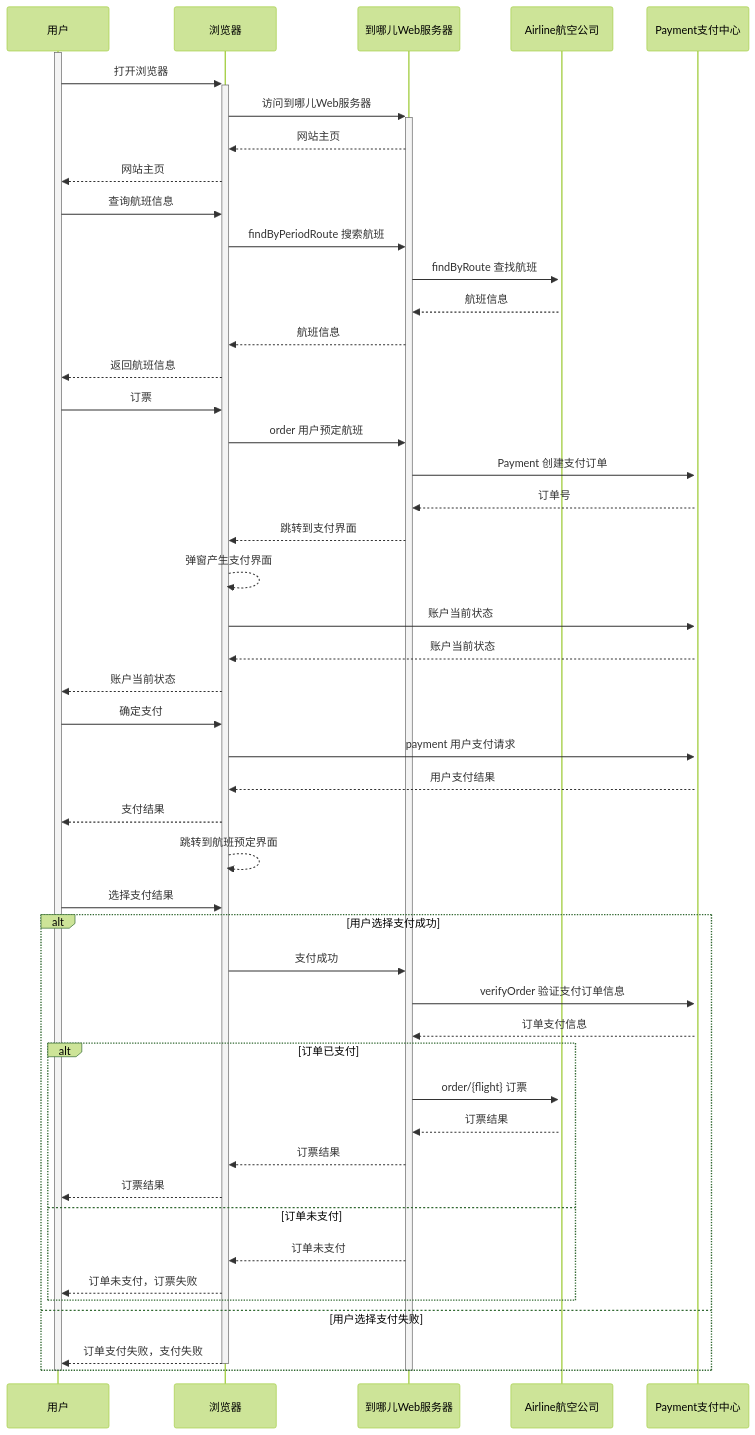
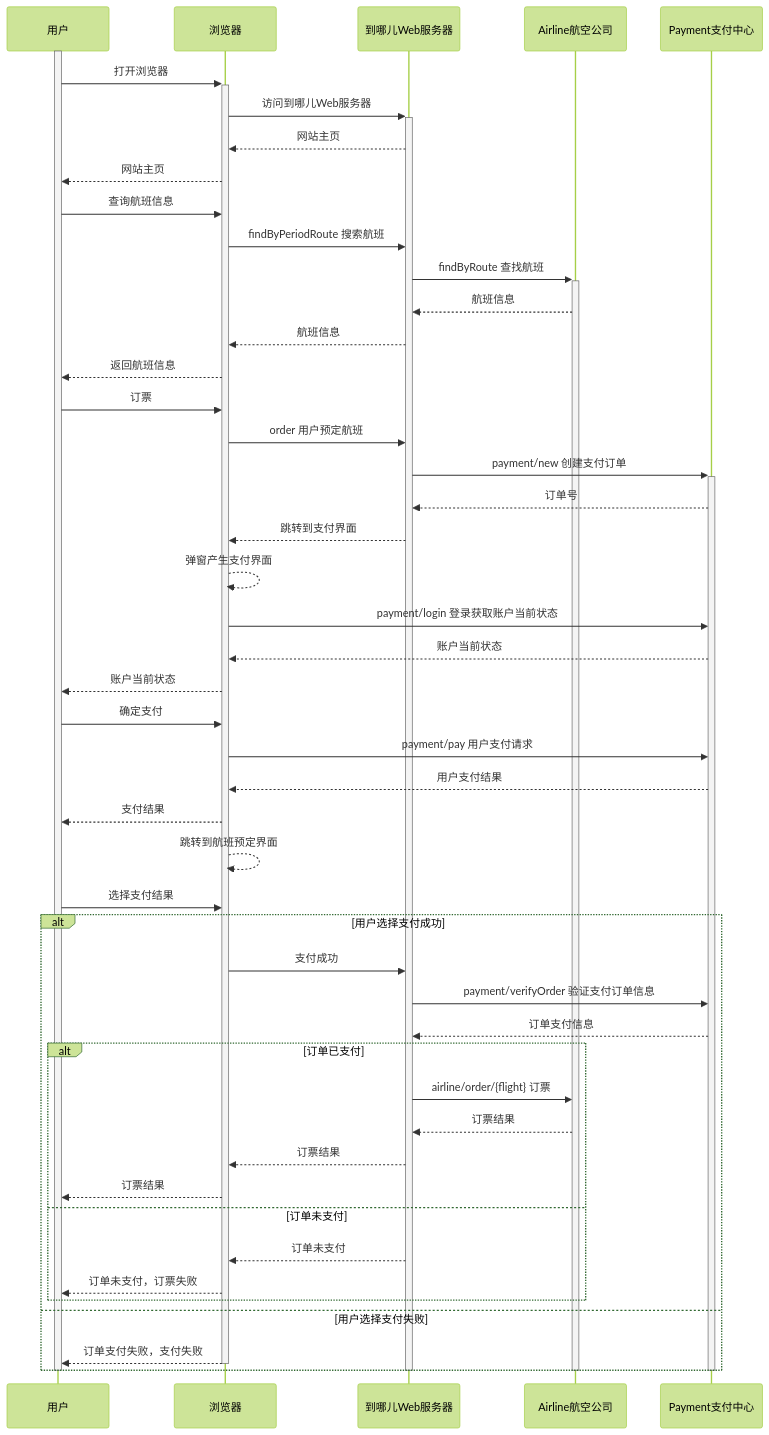
One commit to caoergou/airlineReservationSystem changed the second of 2 diagrams in README.md. Above: the diagram before and after it, drawn with Mermaid (forest theme). The commit also changed other lines of this file, not shown here.

Commit message:
根据流程图，修改了API文档

````diff
--- a/README.md
+++ b/README.md
@@ -32,59 +34,60 @@
 ``` mermaid
 sequenceDiagram
 participant 用户
 participant 浏览器
 participant 到哪儿Web服务器
 participant Airline航空公司
 participant Payment支付中心
-activate Airline航空公司
-activate Payment支付中心
+
 activate 用户
 
 用户->>+浏览器:打开浏览器
 浏览器->>+到哪儿Web服务器:访问到哪儿Web服务器
 到哪儿Web服务器-->>浏览器:网站主页
 浏览器-->>用户:网站主页
 
 用户->>浏览器:查询航班信息
 浏览器->>到哪儿Web服务器:findByPeriodRoute 搜索航班 
 到哪儿Web服务器->>+Airline航空公司:findByRoute 查找航班
 Airline航空公司-->>到哪儿Web服务器:航班信息
 到哪儿Web服务器-->>浏览器:航班信息
 浏览器-->>用户:返回航班信息
 
 用户->>浏览器:订票
 浏览器->>到哪儿Web服务器:order 用户预定航班
-到哪儿Web服务器->>+Payment支付中心:Payment 创建支付订单
+到哪儿Web服务器->>+Payment支付中心:payment/new 创建支付订单
 Payment支付中心-->>到哪儿Web服务器:订单号
 到哪儿Web服务器-->>浏览器:跳转到支付界面
 浏览器-->>浏览器:弹窗产生支付界面
-浏览器->>Payment支付中心:账户当前状态
+浏览器->>Payment支付中心:payment/login 登录获取账户当前状态
 Payment支付中心-->>浏览器:账户当前状态
 浏览器-->>用户:账户当前状态
 
 用户->>浏览器:确定支付
-浏览器->>Payment支付中心:payment 用户支付请求
+浏览器->>Payment支付中心:payment/pay 用户支付请求
 Payment支付中心-->>浏览器:用户支付结果
 浏览器-->>用户:支付结果
 浏览器-->>浏览器:跳转到航班预定界面
 用户->>浏览器:选择支付结果
 alt 用户选择支付成功
 浏览器->>到哪儿Web服务器:支付成功
-到哪儿Web服务器->>Payment支付中心:verifyOrder 验证支付订单信息
+到哪儿Web服务器->>Payment支付中心:payment/verifyOrder 验证支付订单信息
 Payment支付中心-->>到哪儿Web服务器:订单支付信息
 alt 订单已支付
-到哪儿Web服务器->>Airline航空公司:order/{flight} 订票
+到哪儿Web服务器->>Airline航空公司:airline/order/{flight} 订票
 Airline航空公司-->>到哪儿Web服务器:订票结果
 到哪儿Web服务器-->>浏览器:订票结果
 浏览器-->>用户:订票结果
 else 订单未支付
 到哪儿Web服务器-->>浏览器:订单未支付
 浏览器-->>用户:订单未支付，订票失败
 end
 else 用户选择支付失败
 浏览器-->>-用户:订单支付失败，支付失败
 end
 
+deactivate Airline航空公司
+deactivate Payment支付中心
 deactivate 到哪儿Web服务器
 deactivate 用户
 ```
````
